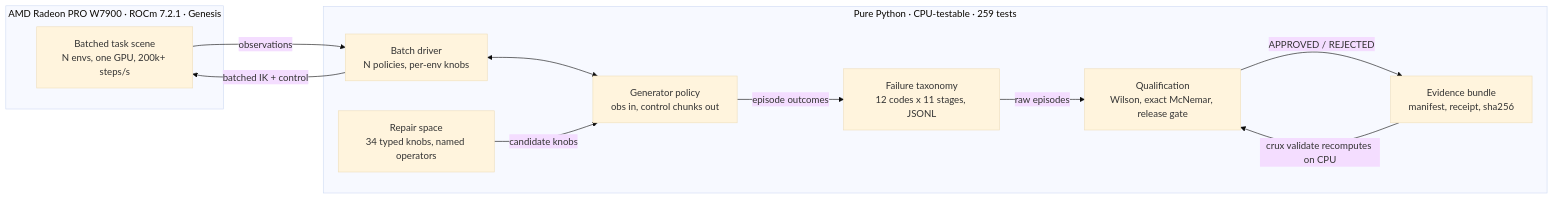
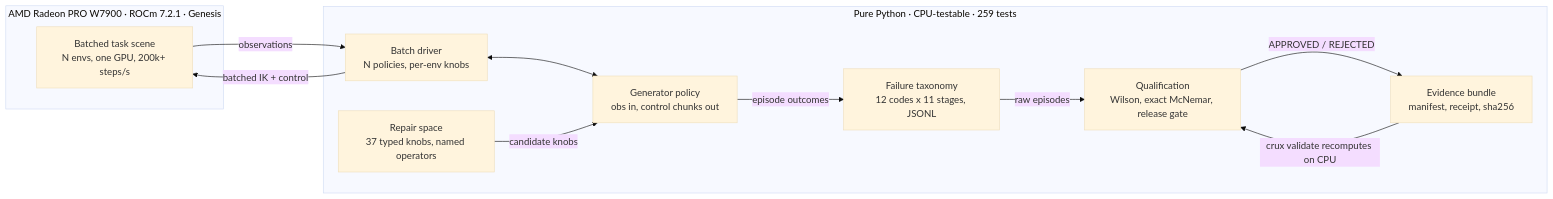
One commit to Enoch208/Crux changed the diagram in README.md. Above: the diagram before and after it, drawn with Mermaid (base theme). The commit also changed other lines of this file and 8 other files, not shown here.

Commit message:
feat: gate29 endgame sweep + bundle crux-final-8 for the widened knob schema

````diff
--- a/README.md
+++ b/README.md
@@ -123,22 +123,22 @@
 ```mermaid
 flowchart LR
     subgraph GPU["AMD Radeon PRO W7900 · ROCm 7.2.1 · Genesis"]
         SCENE["Batched task scene<br/>N envs, one GPU, 200k+ steps/s"]
     end
     subgraph CPU["Pure Python · CPU-testable · 259 tests"]
         POLICY["Generator policy<br/>obs in, control chunks out"]
         DRIVER["Batch driver<br/>N policies, per-env knobs"]
         TAX["Failure taxonomy<br/>12 codes x 11 stages, JSONL"]
-        REPAIR["Repair space<br/>34 typed knobs, named operators"]
+        REPAIR["Repair space<br/>37 typed knobs, named operators"]
         QUAL["Qualification<br/>Wilson, exact McNemar, release gate"]
         EVID["Evidence bundle<br/>manifest, receipt, sha256"]
     end
     DRIVER -->|batched IK + control| SCENE
     SCENE -->|observations| DRIVER
     DRIVER <--> POLICY
     POLICY -->|episode outcomes| TAX
     TAX -->|raw episodes| QUAL
     REPAIR -->|candidate knobs| POLICY
     QUAL -->|APPROVED / REJECTED| EVID
     EVID -->|crux validate recomputes on CPU| QUAL
 ```
````
